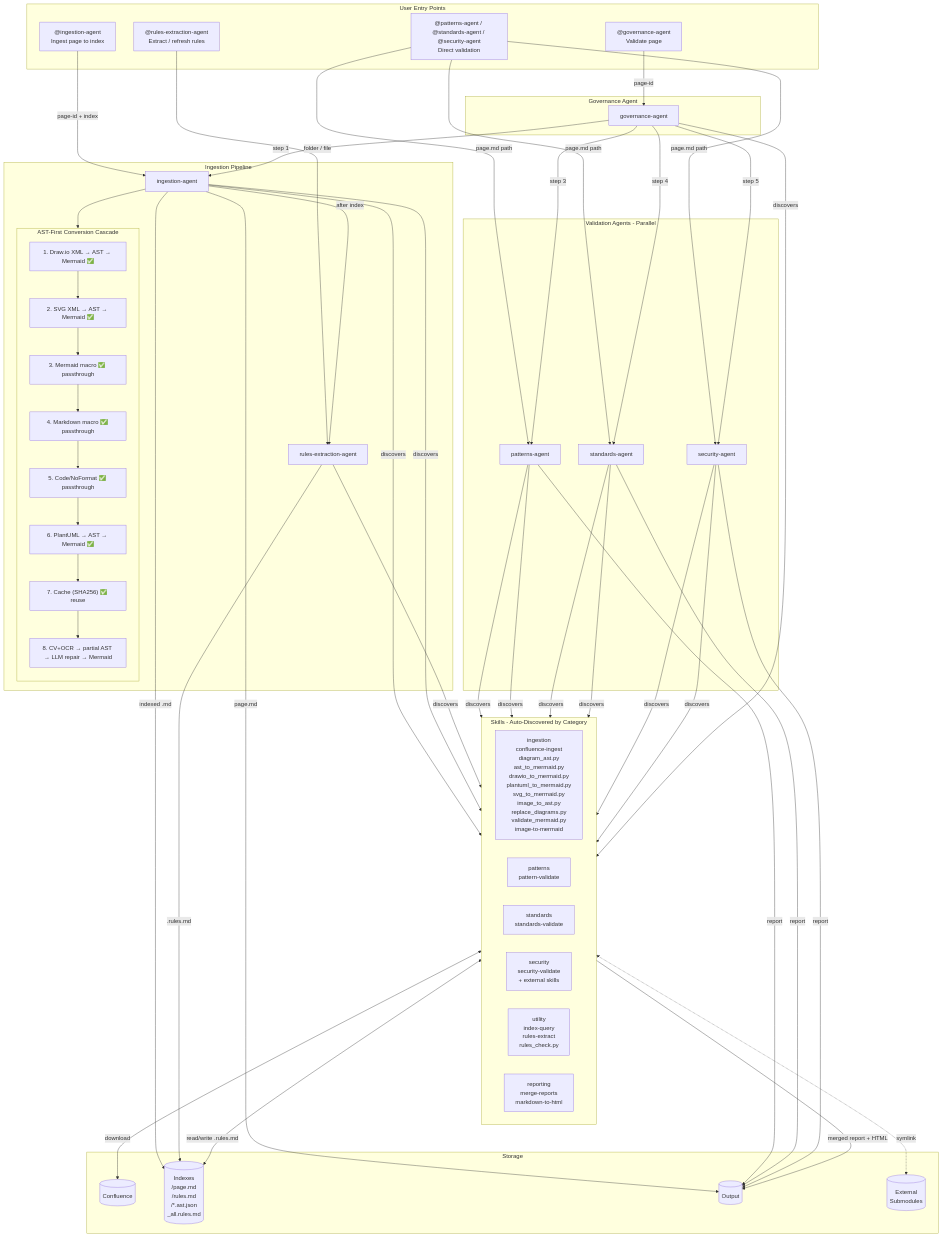
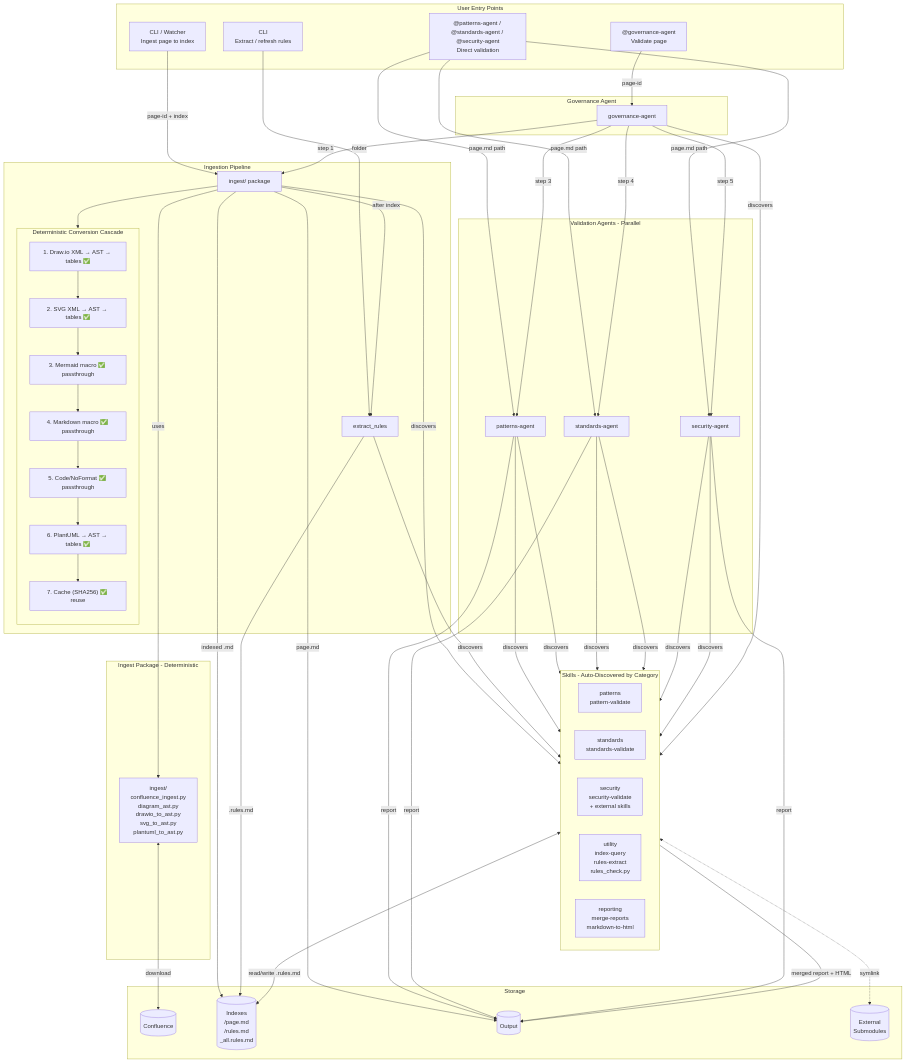
Before and after one commit to byrash/architecture-governance: the first of 5 diagrams in README.md, drawn with Mermaid. The commit also changed other lines of this file and 53 other files, not shown here.

````diff
--- a/README.md
+++ b/README.md
@@ -62,9 +54,9 @@
 ```mermaid
 flowchart TB
     subgraph User[User Entry Points]
-        U1["@ingestion-agent\nIngest page to index"]
+        U1["CLI / Watcher\nIngest page to index"]
         U2["@governance-agent\nValidate page"]
-        U3["@rules-extraction-agent\nExtract / refresh rules"]
+        U3["CLI\nExtract / refresh rules"]
         U4["@patterns-agent / @standards-agent / @security-agent\nDirect validation"]
     end
 
@@ -73,19 +65,18 @@
     end
 
     subgraph Ingestion[Ingestion Pipeline]
-        IA[ingestion-agent]
-        REA[rules-extraction-agent]
-        subgraph Cascade[AST-First Conversion Cascade]
+        IA[ingest/ package]
+        RE[extract_rules]
+        subgraph Cascade[Deterministic Conversion Cascade]
             direction TB
-            T1["1. Draw.io XML → AST → Mermaid ✅"]
-            T2["2. SVG XML → AST → Mermaid ✅"]
+            T1["1. Draw.io XML → AST → tables ✅"]
+            T2["2. SVG XML → AST → tables ✅"]
             T3["3. Mermaid macro ✅ passthrough"]
             T4["4. Markdown macro ✅ passthrough"]
             T5["5. Code/NoFormat ✅ passthrough"]
-            T6["6. PlantUML → AST → Mermaid ✅"]
+            T6["6. PlantUML → AST → tables ✅"]
             T7["7. Cache (SHA256) ✅ reuse"]
-            T8["8. CV+OCR → partial AST → LLM repair → Mermaid"]
-            T1 --> T2 --> T3 --> T4 --> T5 --> T6 --> T7 --> T8
+            T1 --> T2 --> T3 --> T4 --> T5 --> T6 --> T7
         end
     end
 
@@ -95,9 +86,12 @@
         SEA[security-agent]
     end
 
+    subgraph IngestPkg[Ingest Package - Deterministic]
+        IngPkg["ingest/\n  confluence_ingest.py\n  diagram_ast.py\n  drawio_to_ast.py\n  svg_to_ast.py\n  plantuml_to_ast.py"]
+    end
+
     subgraph SkillsPool[Skills - Auto-Discovered by Category]
         direction LR
-        IngSkills["ingestion\nconfluence-ingest\n  diagram_ast.py\n  ast_to_mermaid.py\n  drawio_to_mermaid.py\n  plantuml_to_mermaid.py\n  svg_to_mermaid.py\n  image_to_ast.py\n  replace_diagrams.py\n  validate_mermaid.py\nimage-to-mermaid"]
         PatSkills["patterns\npattern-validate"]
         StdSkills["standards\nstandards-validate"]
         SecSkills["security\nsecurity-validate\n+ external skills"]
@@ -107,7 +101,7 @@
 
     subgraph Storage
         CONF[(Confluence)]
-        IDX[("Indexes\n<PAGE_ID>/page.md\n<PAGE_ID>/rules.md\n<PAGE_ID>/*.ast.json\n_all.rules.md")]
+        IDX[("Indexes\n<PAGE_ID>/page.md\n<PAGE_ID>/rules.md\n_all.rules.md")]
         OUT[(Output)]
         EXT[(External\nSubmodules)]
     end
@@ -115,7 +109,7 @@
     %% User triggers
     U1 -->|page-id + index| IA
     U2 -->|page-id| GA
-    U3 -->|folder / file| REA
+    U3 -->|folder| RE
     U4 -->|page.md path| PA & SA & SEA
     GA -->|step 1| IA
     GA -->|step 3| PA
@@ -123,15 +117,15 @@
     GA -->|step 5| SEA
 
     %% Ingestion triggers rules extraction
-    IA -->|"after index"| REA
+    IA -->|"after index"| RE
 
     %% Ingestion uses conversion cascade
     IA --> Cascade
 
     %% Discovery: agents discover skills by category
-    IA -->|discovers| IngSkills
+    IA -->|uses| IngPkg
     IA -->|discovers| UtilSkills
-    REA -->|discovers| UtilSkills
+    RE -->|discovers| UtilSkills
     PA -->|discovers| PatSkills
     PA -->|discovers| UtilSkills
     SA -->|discovers| StdSkills
@@ -141,12 +135,12 @@
     GA -->|discovers| RepSkills
 
     %% Storage flow
-    IngSkills <-->|download| CONF
+    IngPkg <-->|download| CONF
     UtilSkills <-->|"read/write .rules.md"| IDX
     SecSkills <-.->|symlink| EXT
     IA -->|page.md| OUT
     IA -->|indexed .md| IDX
-    REA -->|.rules.md| IDX
+    RE -->|.rules.md| IDX
     PA -->|report| OUT
     SA -->|report| OUT
     SEA -->|report| OUT
````
